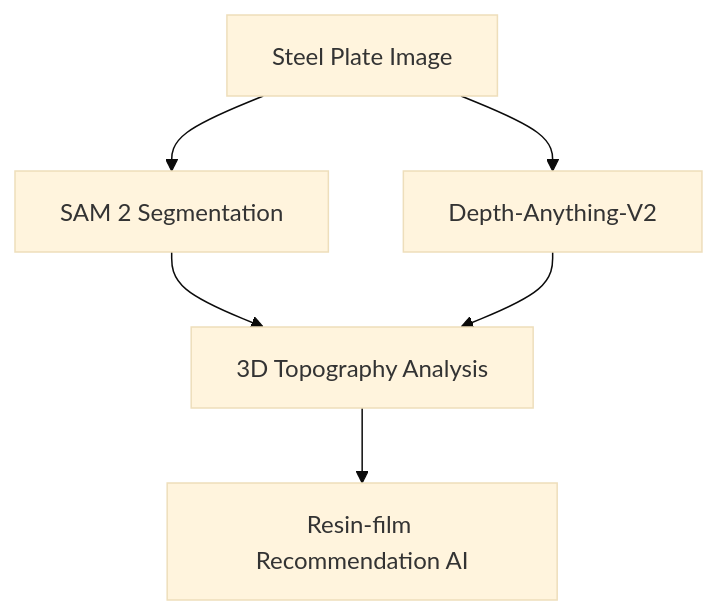
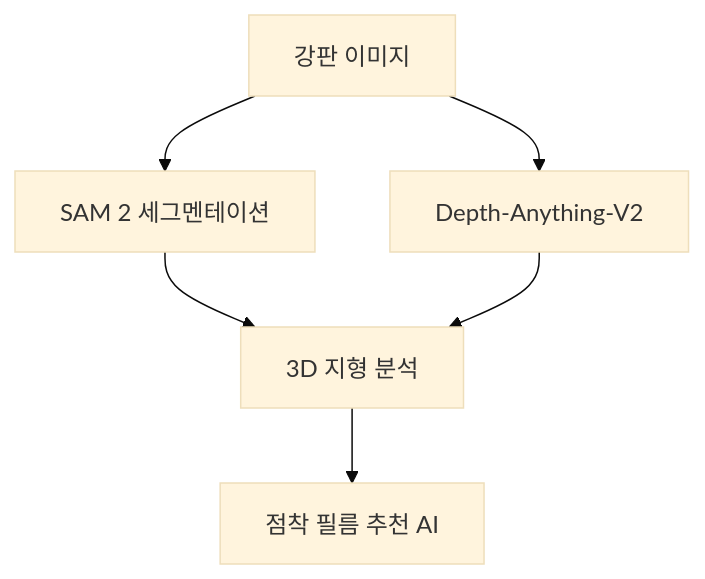
Before and after one commit to HyunchanAn/SG_proj_007: the diagram in Readme.md, drawn with Mermaid (base theme). The commit also changed other lines of this file and 1 other file, not shown here.

````diff
--- a/Readme.md
+++ b/Readme.md
@@ -9,8 +9,8 @@
 ```mermaid
 graph TD
-    A[Steel Plate Image] --> B[SAM 2 Segmentation]
-    A --> C[Depth-Anything-V2]
-    B --> D[3D Topography Analysis]
+    A["강판 이미지"] --> B["SAM 2 세그멘테이션"]
+    A --> C["Depth-Anything-V2"]
+    B --> D["3D 지형 분석"]
     C --> D
-    D --> E[Resin-film Recommendation AI]
+    D --> E["점착 필름 추천 AI"]
 ```
````
